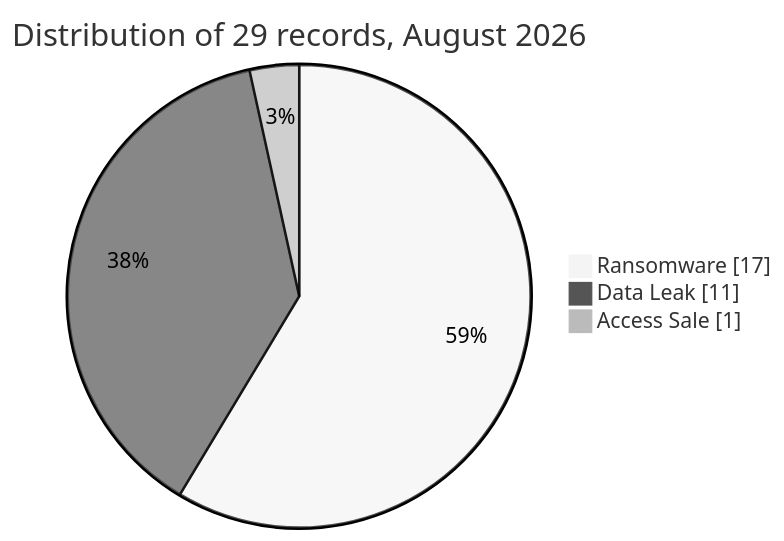
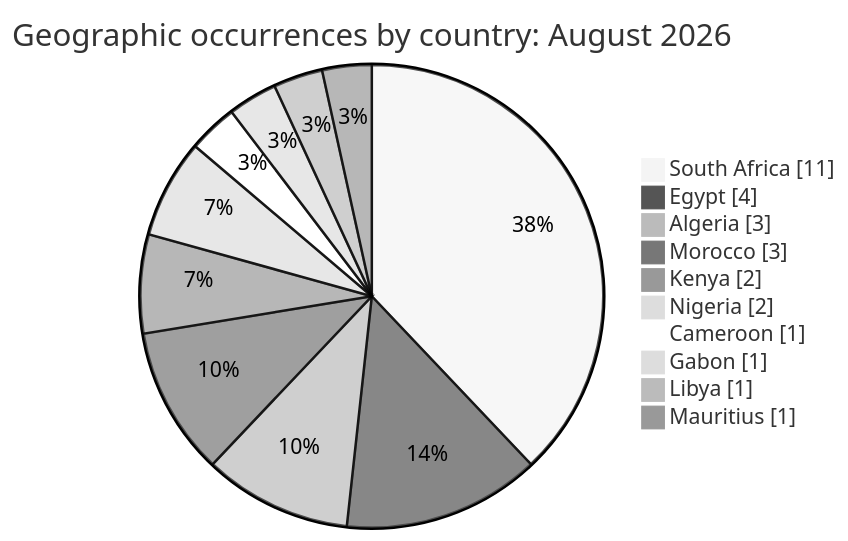
One commit to Hatchepsoute/AFRINTEL changed the first of 10 diagrams in CyberAttackAfrica/2026/08-august/README.md. Above: the diagram before and after it, drawn with Mermaid (neutral theme). The commit also changed other lines of this file and 1 other file, not shown here.

````diff
--- a/CyberAttackAfrica/2026/08-august/README.md
+++ b/CyberAttackAfrica/2026/08-august/README.md
@@ -115,7 +117,14 @@
 ```mermaid
 pie showData
-    title Distribution of 29 records, August 2026
-    "Ransomware" : 17
-    "Data Leak" : 11
-    "Access Sale" : 1
+    title Geographic occurrences by country: August 2026
+    "South Africa" : 11
+    "Egypt" : 4
+    "Algeria" : 3
+    "Morocco" : 3
+    "Kenya" : 2
+    "Nigeria" : 2
+    "Cameroon" : 1
+    "Gabon" : 1
+    "Libya" : 1
+    "Mauritius" : 1
 ```
````
